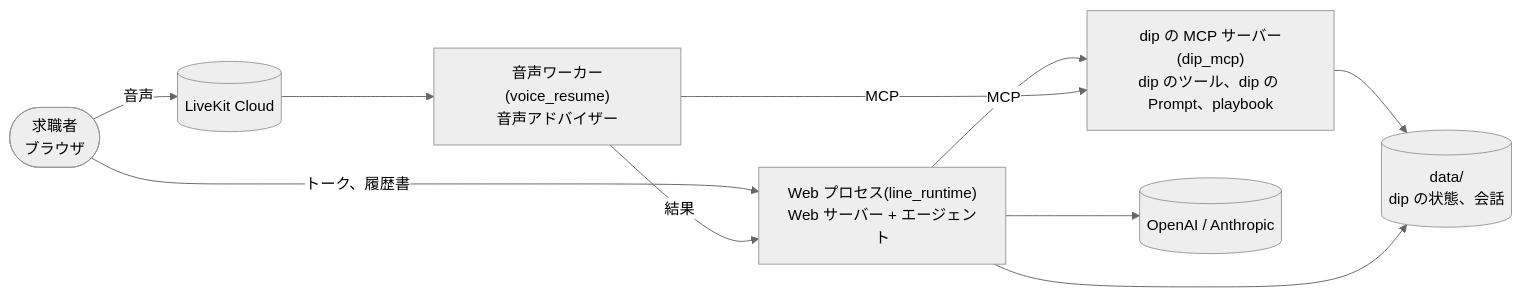
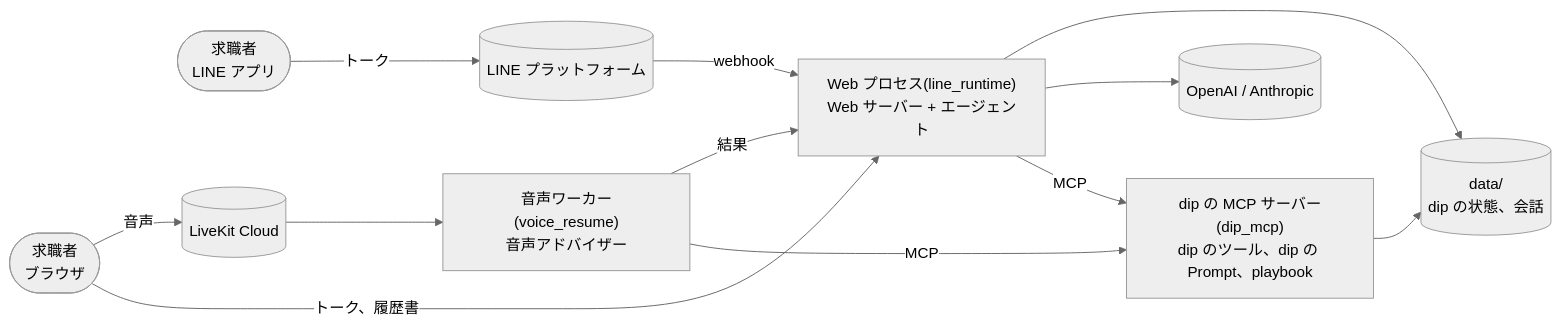
The diagram in README.md (jyoka/aica), drawn with Mermaid (neutral theme) before and after one commit. The commit also changed other lines of this file and 7 other files, not shown here.

Commit message:
task 177: aica LINE (1/3): Messaging API の webhook でテキストの会話を返す

````diff
--- a/README.md
+++ b/README.md
@@ -16,19 +16,22 @@
 ```mermaid
 flowchart LR
     seeker(["求職者<br/>ブラウザ"])
+    lineu(["求職者<br/>LINE アプリ"])
+    lineapi[("LINE プラットフォーム")]
     web["Web プロセス(line_runtime)<br/>Web サーバー + エージェント"]
     dip["dip の MCP サーバー(dip_mcp)<br/>dip のツール、dip の Prompt、playbook"]
     lk[("LiveKit Cloud")]
     worker["音声ワーカー(voice_resume)<br/>音声アドバイザー"]
     data[("data/<br/>dip の状態、会話")]
     llm[("OpenAI / Anthropic")]
 
     seeker -- "トーク、履歴書" --> web
+    lineu -- "トーク" --> lineapi -- "webhook" --> web
     web -- "MCP" --> dip
     web --> llm
     seeker -- "音声" --> lk --> worker
     worker -- "MCP" --> dip
     worker -- "結果" --> web
     dip --> data
     web --> data
 ```
````
